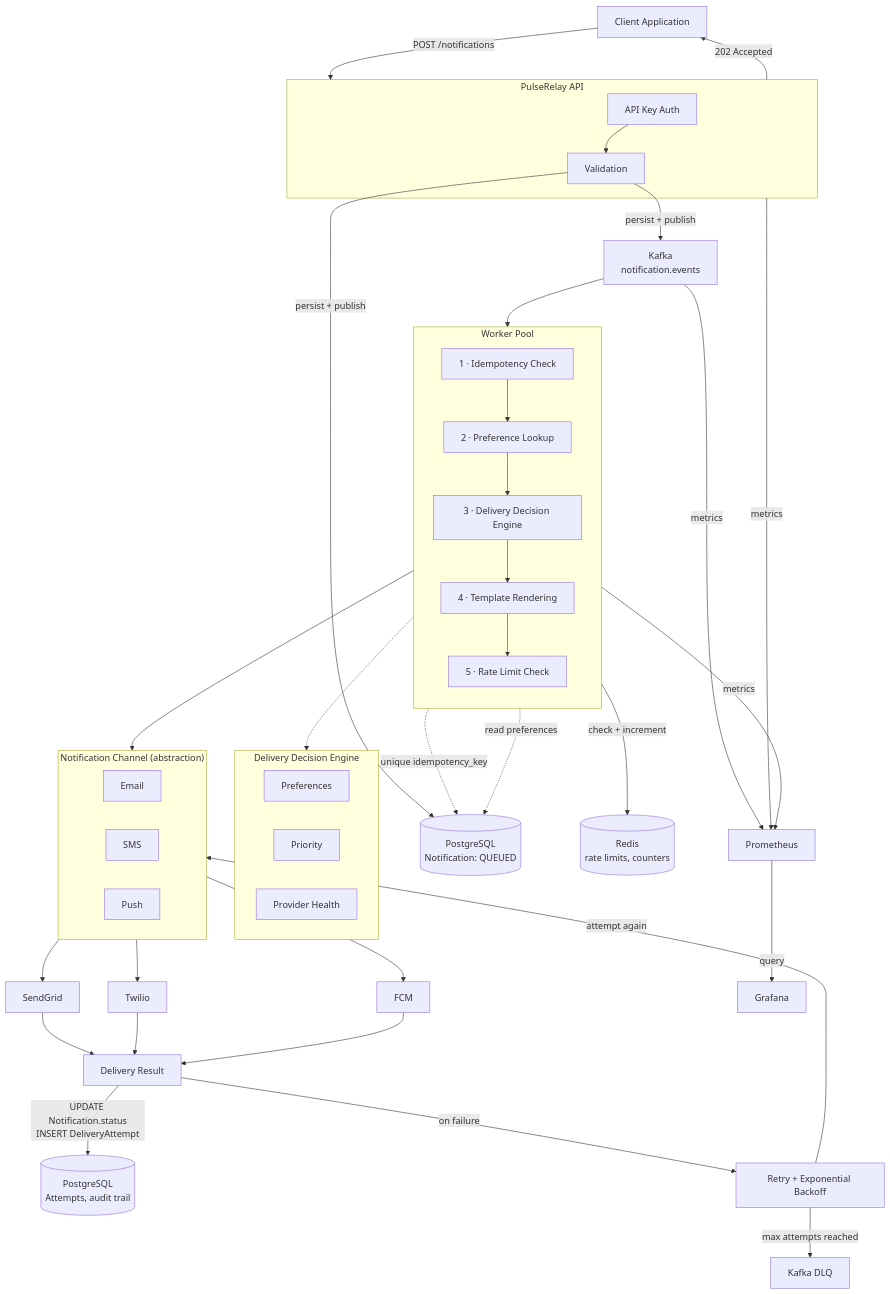
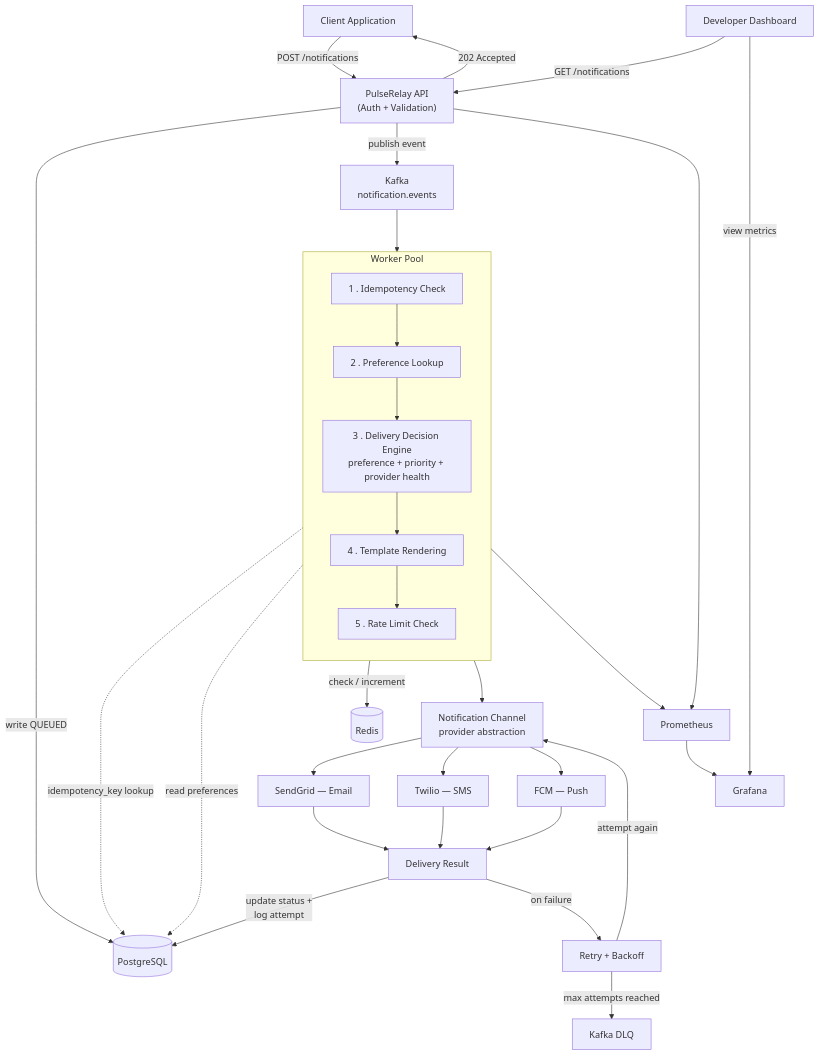
Before and after one commit to AyaanB24/PulseRelay-Distributed-Notification-Service: the diagram in README.md, drawn with Mermaid. The commit also changed other lines of this file, not shown here.

Commit message:
Revise architecture diagram and system flow details
Updated architecture diagram and system flow in README.md to reflect changes in the notification processing workflow and clarified the roles of Redis and PostgreSQL.

````diff
--- a/README.md
+++ b/README.md
@@ -62,67 +62,42 @@
 ```mermaid
 flowchart TB
-    Client["Client Application"] -- "POST /notifications" --> API
+    Client["Client Application"] -->|"POST /notifications"| API["PulseRelay API<br/>(Auth + Validation)"]
+    Dash["Developer Dashboard"] -->|"GET /notifications"| API
+    API -->|"202 Accepted"| Client
 
-    subgraph API["PulseRelay API"]
-        Auth["API Key Auth"]
-        Validate["Validation"]
-        Auth --> Validate
-    end
+    API -->|"write QUEUED"| DB[("PostgreSQL")]
+    API -->|"publish event"| Kafka["Kafka<br/>notification.events"]
 
-    Validate -- "persist + publish" --> PG1[("PostgreSQL<br/>Notification: QUEUED")]
-    Validate -- "persist + publish" --> Kafka["Kafka<br/>notification.events"]
-    API -- "202 Accepted" --> Client
-
-    Kafka --> Worker
+    Kafka --> W1
 
     subgraph Worker["Worker Pool"]
         direction TB
-        Idem["1 · Idempotency Check"]
-        Pref["2 · Preference Lookup"]
-        Route["3 · Delivery Decision Engine"]
-        Template["4 · Template Rendering"]
-        Limit["5 · Rate Limit Check"]
-        Idem --> Pref --> Route --> Template --> Limit
+        W1["1 . Idempotency Check"] --> W2["2 . Preference Lookup"]
+        W2 --> W3["3 . Delivery Decision Engine<br/>preference + priority + provider health"]
+        W3 --> W4["4 . Template Rendering"]
+        W4 --> W5["5 . Rate Limit Check"]
     end
 
-    Idem -. "unique idempotency_key" .-> PG1
-    Pref -. "read preferences" .-> PG1
+    W1 -.->|"idempotency_key lookup"| DB
+    W2 -.->|"read preferences"| DB
+    W5 -->|"check / increment"| Redis[("Redis")]
 
-    subgraph Decision["Delivery Decision Engine"]
-        direction LR
-        Pri["Preferences"]
-        Pr2["Priority"]
-        Health["Provider Health"]
-    end
-    Route -.-> Decision
-
-    Limit -- "check + increment" --> Redis[("Redis<br/>rate limits, counters")]
-
-    Limit --> Channel
-
-    subgraph Channel["Notification Channel (abstraction)"]
-        direction LR
-        EmailCh["Email"]
-        SmsCh["SMS"]
-        PushCh["Push"]
-    end
-
-    EmailCh --> SendGrid["SendGrid"]
-    SmsCh --> Twilio["Twilio"]
-    PushCh --> FCM["FCM"]
+    W5 --> Channel["Notification Channel<br/>provider abstraction"]
+    Channel --> SendGrid["SendGrid — Email"]
+    Channel --> Twilio["Twilio — SMS"]
+    Channel --> FCM["FCM — Push"]
 
     SendGrid --> Result["Delivery Result"]
     Twilio --> Result
     FCM --> Result
 
-    Result -- "UPDATE Notification.status<br/>INSERT DeliveryAttempt" --> PG2[("PostgreSQL<br/>Attempts, audit trail")]
+    Result -->|"update status +<br/>log attempt"| DB
+    Result -->|"on failure"| Retry["Retry + Backoff"]
+    Retry -->|"attempt again"| Channel
+    Retry -->|"max attempts reached"| DLQ["Kafka DLQ"]
 
-    Result -- "on failure" --> Retry["Retry + Exponential Backoff"]
-    Retry -- "attempt again" --> Channel
-    Retry -- "max attempts reached" --> DLQ["Kafka DLQ"]
-
-    API -- metrics --> Prom["Prometheus"]
-    Worker -- metrics --> Prom
-    Kafka -- metrics --> Prom
-    Prom -- query --> Grafana["Grafana"]
+    API --> Prom["Prometheus"]
+    Worker --> Prom
+    Prom --> Grafana["Grafana"]
+    Dash -->|"view metrics"| Grafana
 ```
````
